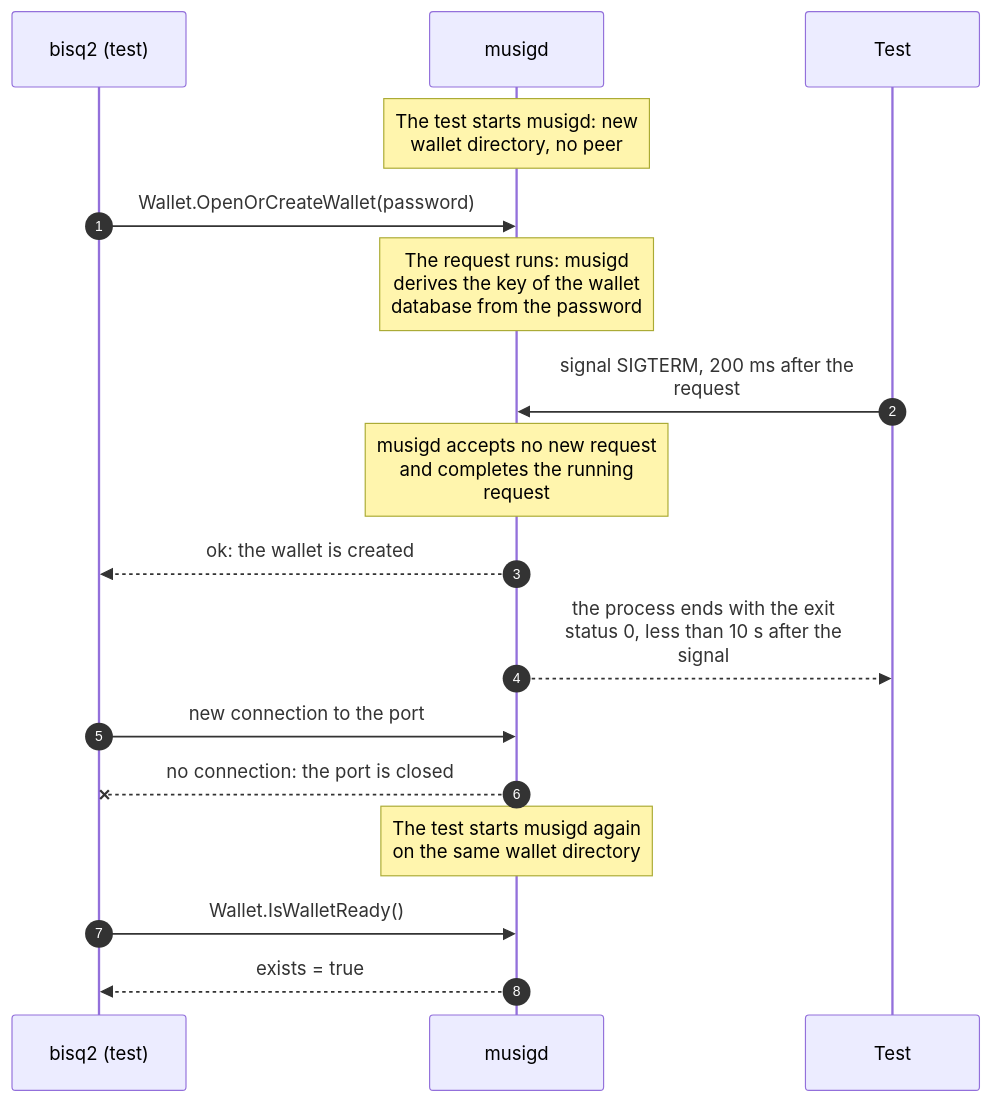
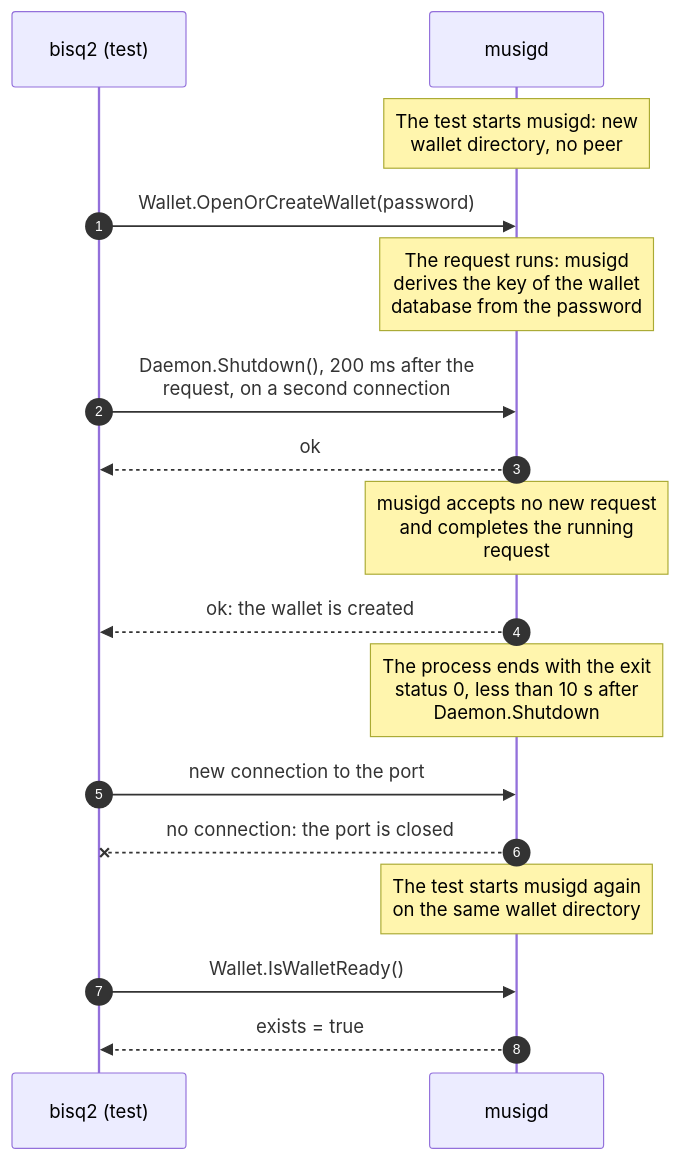
One commit to ChrisSon15/bisq-musig changed diagram 11 of 14 in rpc/test-musigd-sequence-diagrams.md. Above: the diagram before and after it, drawn with Mermaid. The commit also changed other lines of this file and 13 other files, not shown here.

First line of the commit message:
musigd: the regular shutdown is asked for with the request Shutdown

````diff
--- a/rpc/test-musigd-sequence-diagrams.md
+++ b/rpc/test-musigd-sequence-diagrams.md
@@ -1269,19 +1271,19 @@
 ```mermaid
 sequenceDiagram
     autonumber
     participant C as bisq2 (test)
     participant D as musigd
-    participant T as Test
     Note over D: The test starts musigd: new<br/>wallet directory, no peer
     C->>D: Wallet.OpenOrCreateWallet(password)
     Note over D: The request runs: musigd<br/>derives the key of the wallet<br/>database from the password
-    T->>D: signal SIGTERM, 200 ms after the<br/>request
+    C->>D: Daemon.Shutdown(), 200 ms after the<br/>request, on a second connection
+    D-->>C: ok
     Note over D: musigd accepts no new request<br/>and completes the running<br/>request
     D-->>C: ok: the wallet is created
-    D-->>T: the process ends with the exit<br/>status 0, less than 10 s after the<br/>signal
+    Note over D: The process ends with the exit<br/>status 0, less than 10 s after<br/>Daemon.Shutdown
     C->>D: new connection to the port
     D--xC: no connection: the port is closed
     Note over D: The test starts musigd again<br/>on the same wallet directory
     C->>D: Wallet.IsWalletReady()
     D-->>C: exists = true
 ```
````
